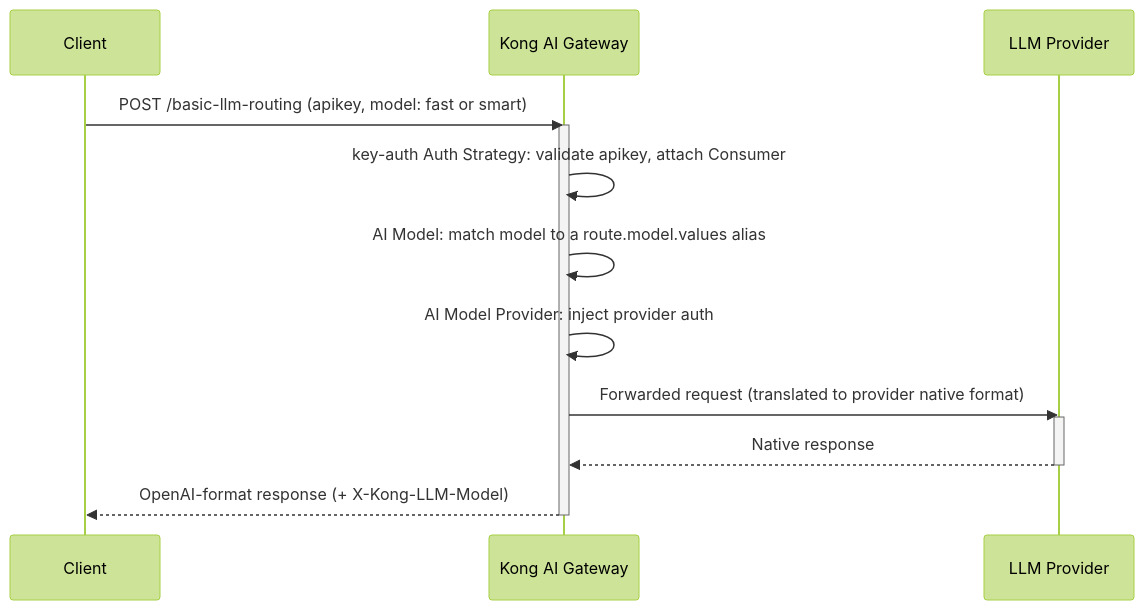
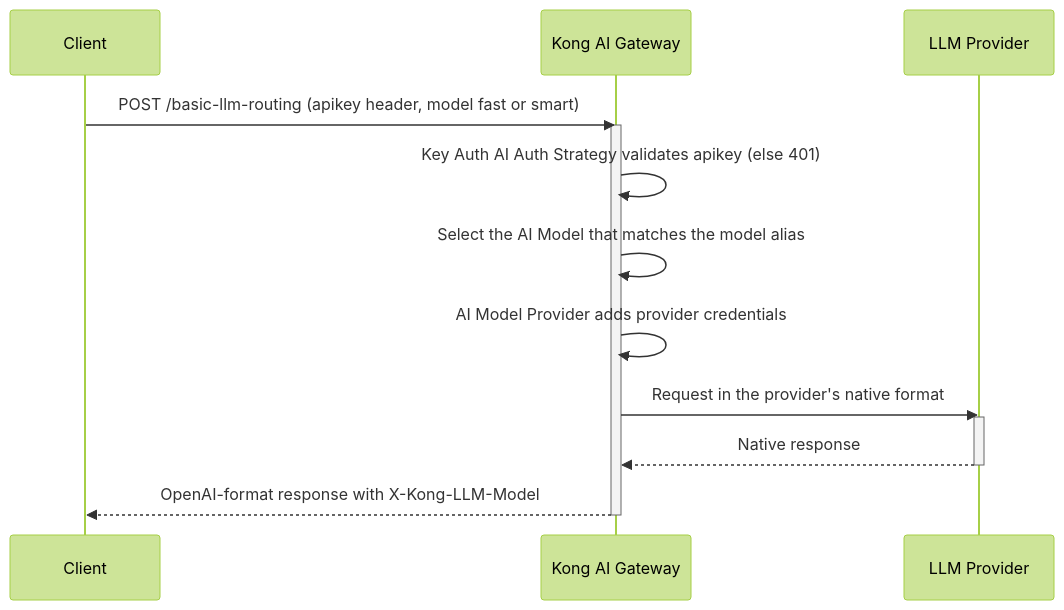
The diagram in app/_cookbooks/basic-llm-routing.md (Kong/developer.konghq.com), drawn with Mermaid (forest theme) before and after one commit. The commit also changed other lines of this file and 22 other files, not shown here.

```diff
--- a/app/_cookbooks/basic-llm-routing.md
+++ b/app/_cookbooks/basic-llm-routing.md
@@ -204,18 +1179,18 @@
 {% mermaid %}
 sequenceDiagram
     participant C as Client
     participant K as Kong AI Gateway
     participant L as LLM Provider
 
-    C->>K: POST /basic-llm-routing (apikey, model: fast or smart)
+    C->>K: POST /basic-llm-routing (apikey header, model fast or smart)
     activate K
-    K->>K: key-auth Auth Strategy: validate apikey, attach Consumer
-    K->>K: AI Model: match model to a route.model.values alias
-    K->>K: AI Model Provider: inject provider auth
-    K->>L: Forwarded request (translated to provider native format)
+    K->>K: Key Auth AI Auth Strategy validates apikey (else 401)
+    K->>K: Select the AI Model that matches the model alias
+    K->>K: AI Model Provider adds provider credentials
+    K->>L: Request in the provider's native format
     activate L
     L-->>K: Native response
     deactivate L
-    K-->>C: OpenAI-format response (+ X-Kong-LLM-Model)
+    K-->>C: OpenAI-format response with X-Kong-LLM-Model
     deactivate K
 {% endmermaid %}
```
